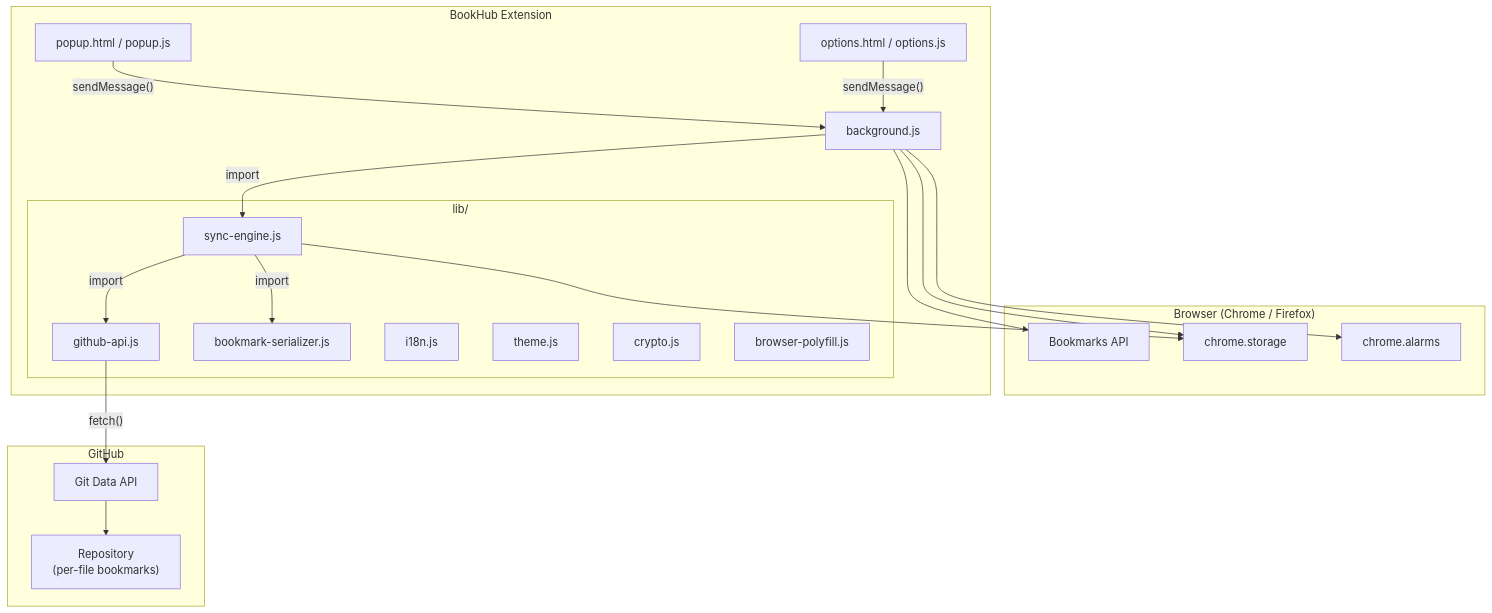
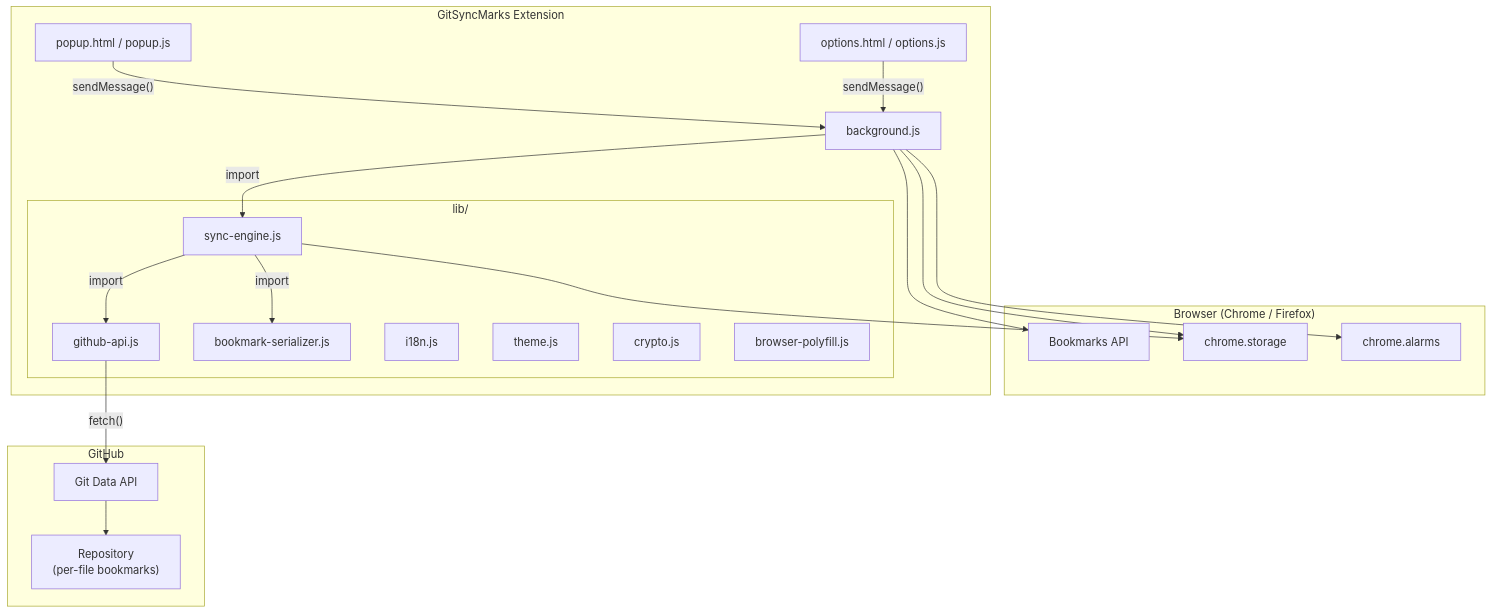
The diagram in docs/ARCHITECTURE.md (d0dg3r/BookHub), drawn with Mermaid before and after one commit. The commit also changed other lines of this file and 36 other files, not shown here.

First line of the commit message:
Refactor project name from BookHub to GitSyncMarks across all files

````diff
--- a/docs/ARCHITECTURE.md
+++ b/docs/ARCHITECTURE.md
@@ -7,40 +7,40 @@
 ```mermaid
 flowchart TB
     subgraph Browser["Browser (Chrome / Firefox)"]
         BM["Bookmarks API"]
         Storage["chrome.storage"]
         Alarms["chrome.alarms"]
     end
 
-    subgraph Extension["BookHub Extension"]
+    subgraph Extension["GitSyncMarks Extension"]
         BG["background.js"]
         Popup["popup.html / popup.js"]
         Options["options.html / options.js"]
         subgraph Lib["lib/"]
             SE["sync-engine.js"]
             GH["github-api.js"]
             BS["bookmark-serializer.js"]
             I18N["i18n.js"]
             Theme["theme.js"]
             Crypto["crypto.js"]
             Polyfill["browser-polyfill.js"]
         end
     end
 
     subgraph Remote["GitHub"]
         GitAPI["Git Data API"]
         Repo["Repository\n(per-file bookmarks)"]
     end
 
     Popup -- "sendMessage()" --> BG
     Options -- "sendMessage()" --> BG
     BG -- "import" --> SE
     SE -- "import" --> GH
     SE -- "import" --> BS
     BG --> BM
     BG --> Storage
     BG --> Alarms
     SE --> Storage
     GH -- "fetch()" --> GitAPI
     GitAPI --> Repo
 ```
````
